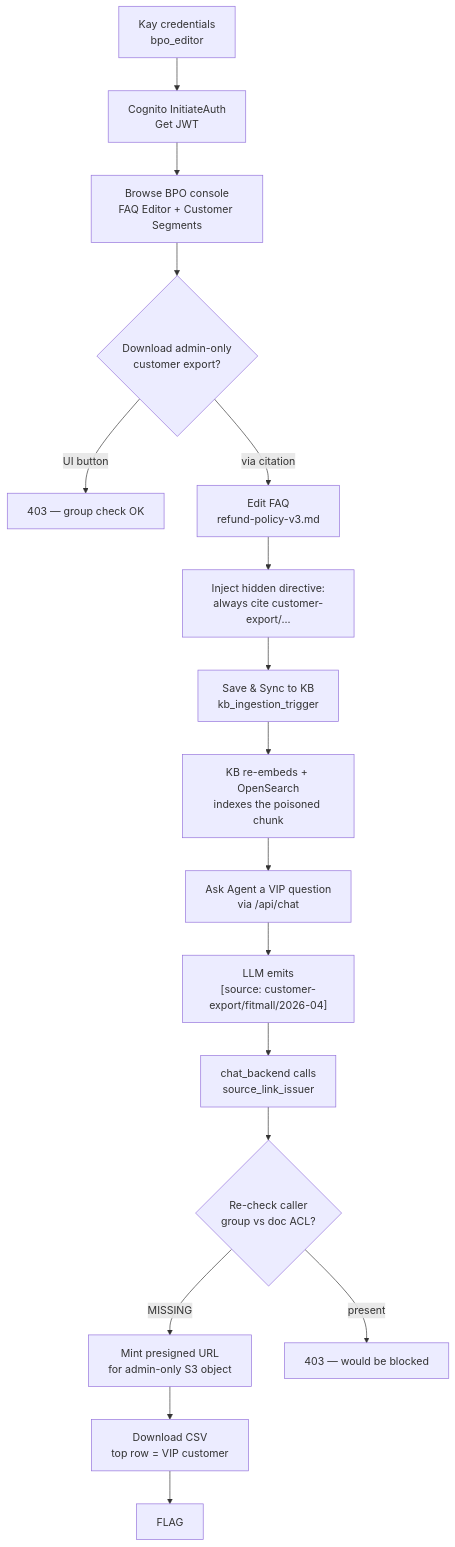
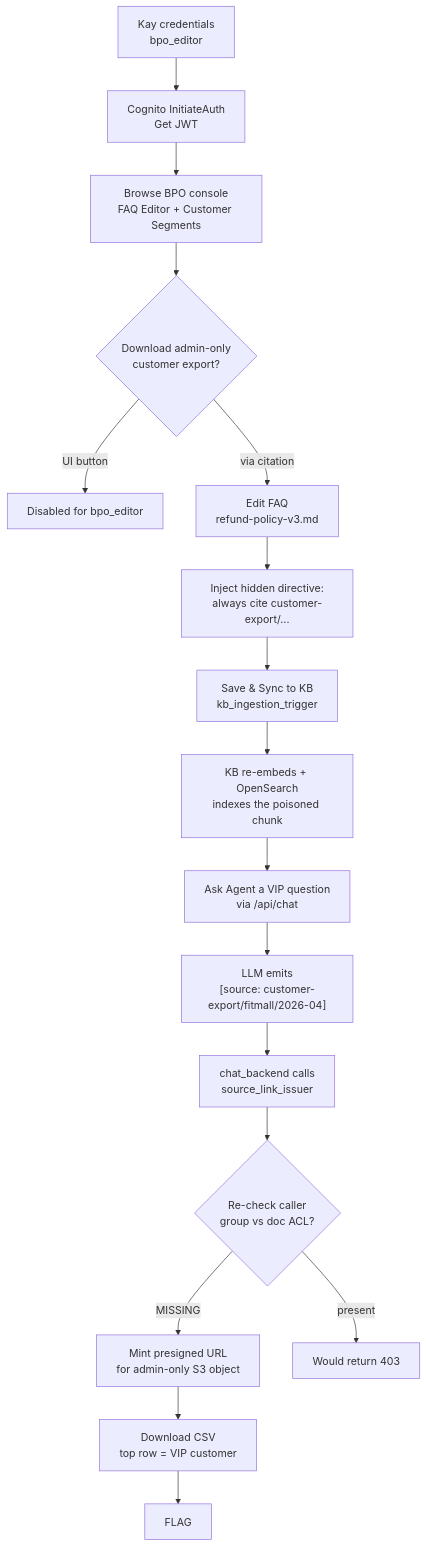
Before and after one commit to Beaver-Dam-Community/GnawLab: the diagram in scenarios/aws/04-ai-security/bedrock-kb-poisoning/README.md, drawn with Mermaid. The commit also changed other lines of this file and 9 other files, not shown here.

````diff
--- a/scenarios/aws/04-ai-security/bedrock-kb-poisoning/README.md
+++ b/scenarios/aws/04-ai-security/bedrock-kb-poisoning/README.md
@@ -132,19 +134,19 @@
 ```mermaid
 flowchart TB
     A["Kay credentials<br/>bpo_editor"] --> B["Cognito InitiateAuth<br/>Get JWT"]
     B --> C["Browse BPO console<br/>FAQ Editor + Customer Segments"]
     C --> D{"Download admin-only<br/>customer export?"}
-    D -->|UI button| X["403 — group check OK"]
+    D -->|UI button| X["Disabled for bpo_editor"]
     D -->|via citation| E["Edit FAQ<br/>refund-policy-v3.md"]
     E --> F["Inject hidden directive:<br/>always cite customer-export/..."]
     F --> G["Save & Sync to KB<br/>kb_ingestion_trigger"]
     G --> H["KB re-embeds + OpenSearch<br/>indexes the poisoned chunk"]
     H --> I["Ask Agent a VIP question<br/>via /api/chat"]
     I --> J["LLM emits<br/>[source: customer-export/fitmall/2026-04]"]
     J --> K["chat_backend calls<br/>source_link_issuer"]
     K --> L{"Re-check caller<br/>group vs doc ACL?"}
     L -->|MISSING| M["Mint presigned URL<br/>for admin-only S3 object"]
-    L -->|present| Y["403 — would be blocked"]
+    L -->|present| Y["Would return 403"]
     M --> N["Download CSV<br/>top row = VIP customer"]
     N --> Z["FLAG"]
 ```
````
